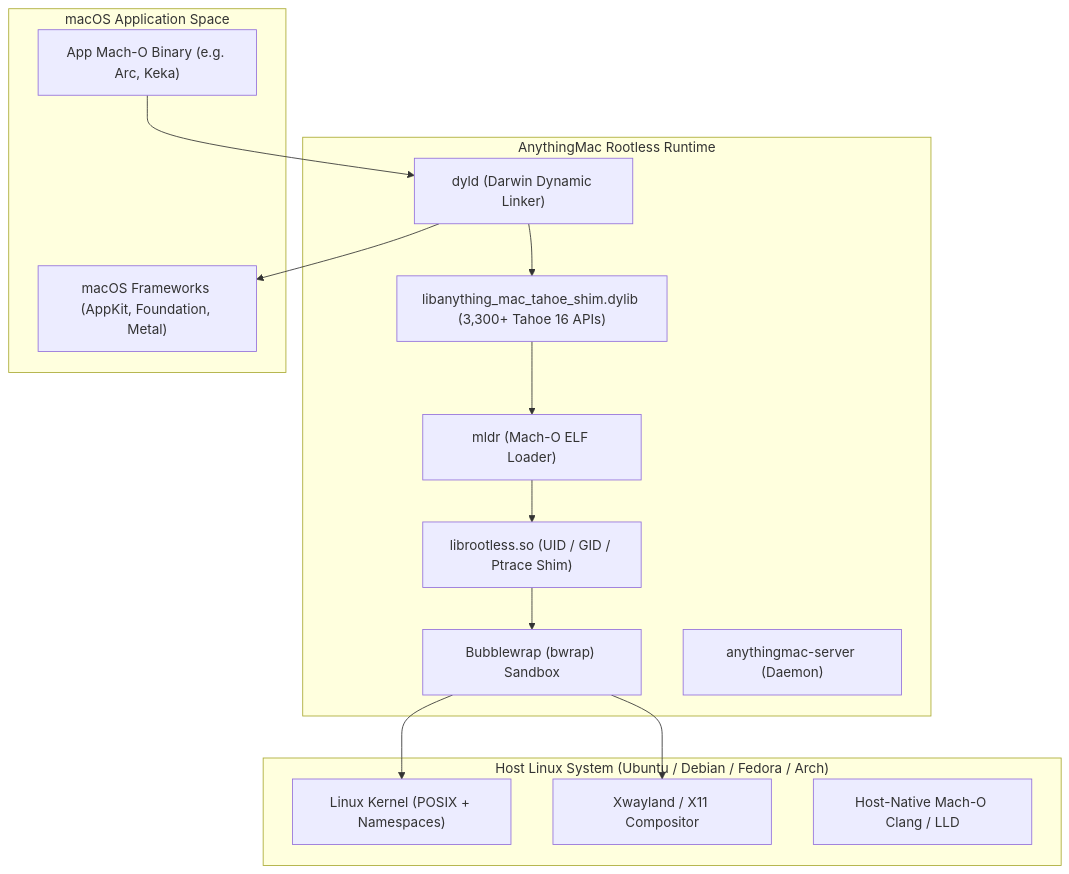
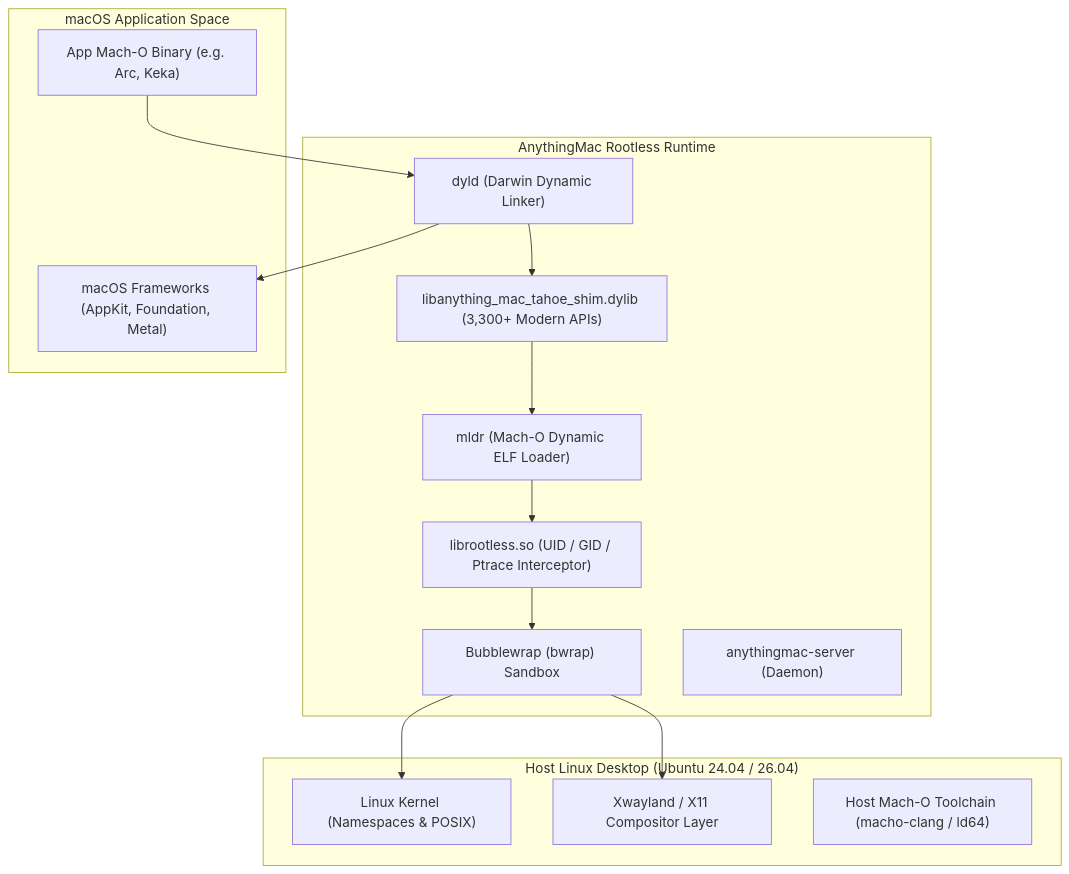
Before and after one commit to Paraspawar-devs/anything-macubuntu: the diagram in README.md, drawn with Mermaid. The commit also changed other lines of this file and 5 other files, not shown here.

Commit message:
docs: Add modern hero banner, UI preview, badges, and visual architecture in README

````diff
--- a/README.md
+++ b/README.md
@@ -46,31 +96,31 @@
 ```mermaid
 flowchart TD
-    subgraph HostLinux ["Host Linux System (Ubuntu / Debian / Fedora / Arch)"]
-        LinuxKernel["Linux Kernel (POSIX + Namespaces)"]
-        Xwayland["Xwayland / X11 Compositor"]
-        LLVM["Host-Native Mach-O Clang / LLD"]
+    subgraph HostLinux ["Host Linux Desktop (Ubuntu 24.04 / 26.04)"]
+        LinuxKernel["Linux Kernel (Namespaces & POSIX)"]
+        Xwayland["Xwayland / X11 Compositor Layer"]
+        LLVM18["Host Mach-O Toolchain (macho-clang / ld64)"]
     end
 
     subgraph AnythingMacRuntime ["AnythingMac Rootless Runtime"]
         Bwrap["Bubblewrap (bwrap) Sandbox"]
-        LibRootless["librootless.so (UID / GID / Ptrace Shim)"]
+        LibRootless["librootless.so (UID / GID / Ptrace Interceptor)"]
         Dserver["anythingmac-server (Daemon)"]
-        Mldr["mldr (Mach-O ELF Loader)"]
+        Mldr["mldr (Mach-O Dynamic ELF Loader)"]
         Dyld["dyld (Darwin Dynamic Linker)"]
-        TahoeShim["libanything_mac_tahoe_shim.dylib (3,300+ Tahoe 16 APIs)"]
+        TahoeShim["libanything_mac_tahoe_shim.dylib (3,300+ Modern APIs)"]
     end
 
     subgraph macOSApp ["macOS Application Space"]
         AppBinary["App Mach-O Binary (e.g. Arc, Keka)"]
         Frameworks["macOS Frameworks (AppKit, Foundation, Metal)"]
     end
 
     AppBinary --> Dyld
     Dyld --> TahoeShim
     Dyld --> Frameworks
     TahoeShim --> Mldr
     Mldr --> LibRootless
     LibRootless --> Bwrap
     Bwrap --> LinuxKernel
     Bwrap --> Xwayland
 ```
````
